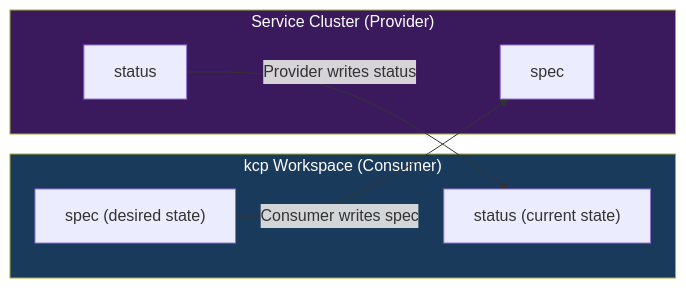
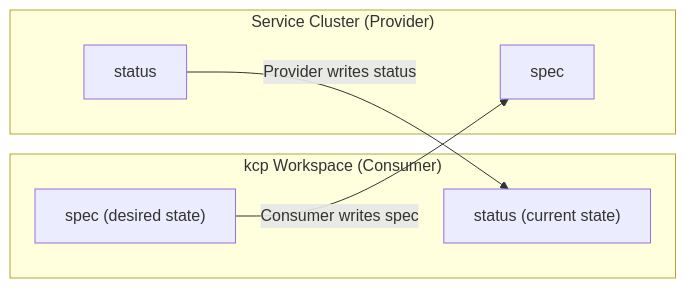
The second of 2 diagrams in overview/api-syncagent.md (platform-mesh/platform-mesh.github.io), drawn with Mermaid before and after one commit. The commit also changed 13 other files, not shown here.

First line of the commit message:
updated with new diagramn for arch

````diff
--- a/overview/api-syncagent.md
+++ b/overview/api-syncagent.md
@@ -121,18 +121,15 @@
 ```mermaid
 flowchart LR
     subgraph kcp["kcp Workspace (Consumer)"]
         spec_kcp["spec (desired state)"]
         status_kcp["status (current state)"]
     end
 
     subgraph sc["Service Cluster (Provider)"]
         spec_sc["spec"]
         status_sc["status"]
     end
 
     spec_kcp -- "Consumer writes spec" --> spec_sc
     status_sc -- "Provider writes status" --> status_kcp
-
-    style kcp fill:#1a3a5c,color:#fff
-    style sc fill:#3a1a5c,color:#fff
 ```
````
